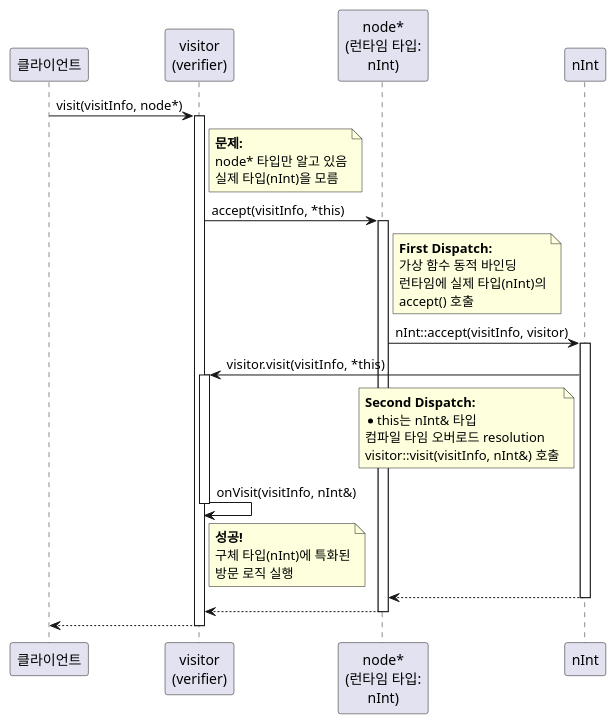
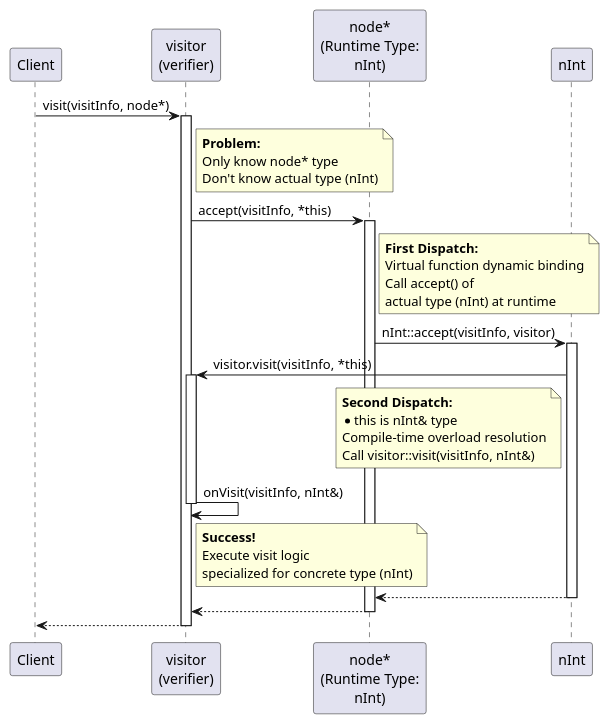
Diagram 16 of 19 in doc/ref/ko/ai-architecture-core.md (byeolang/byeol), drawn with PlantUML before and after one commit. The commit also changed other lines of this file, not shown here.

Commit message:
doc(core): translate english in plantuml to korean

```diff
--- a/doc/ref/ko/ai-architecture-core.md
+++ b/doc/ref/ko/ai-architecture-core.md
@@ -3381,56 +3381,56 @@
 @startuml
-participant "클라이언트" as client
+participant "Client" as client
 participant "visitor\n(verifier)" as visitor
-participant "node*\n(런타임 타입:\nnInt)" as node
+participant "node*\n(Runtime Type:\nnInt)" as node
 participant "nInt" as nInt
 
 client -> visitor : visit(visitInfo, node*)
 activate visitor
 
 note right of visitor
-  <b>문제:</b>
-  node* 타입만 알고 있음
-  실제 타입(nInt)을 모름
+  <b>Problem:</b>
+  Only know node* type
+  Don't know actual type (nInt)
 end note
 
 visitor -> node : accept(visitInfo, *this)
 activate node
 
 note right of node
   <b>First Dispatch:</b>
-  가상 함수 동적 바인딩
-  런타임에 실제 타입(nInt)의
-  accept() 호출
+  Virtual function dynamic binding
+  Call accept() of
+  actual type (nInt) at runtime
 end note
 
 node -> nInt : nInt::accept(visitInfo, visitor)
 activate nInt
 
 nInt -> visitor : visitor.visit(visitInfo, *this)
 
 note left of nInt
   <b>Second Dispatch:</b>
-  *this는 nInt& 타입
-  컴파일 타임 오버로드 resolution
-  visitor::visit(visitInfo, nInt&) 호출
+  *this is nInt& type
+  Compile-time overload resolution
+  Call visitor::visit(visitInfo, nInt&)
 end note
 
 activate visitor
 
 visitor -> visitor : onVisit(visitInfo, nInt&)
 
 note right of visitor
-  <b>성공!</b>
-  구체 타입(nInt)에 특화된
-  방문 로직 실행
+  <b>Success!</b>
+  Execute visit logic
+  specialized for concrete type (nInt)
 end note
 
 deactivate visitor
 
 nInt --> node
 deactivate nInt
 node --> visitor
 deactivate node
 visitor --> client
 deactivate visitor
 @enduml
```
